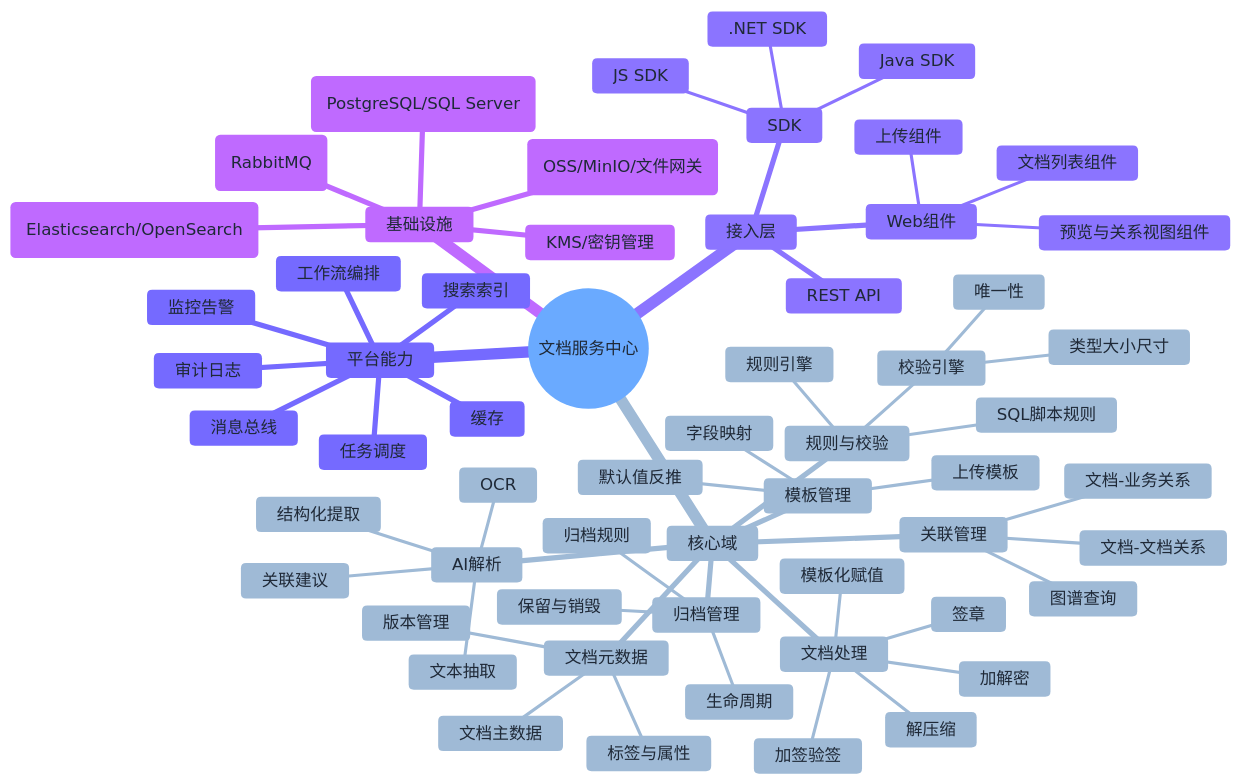
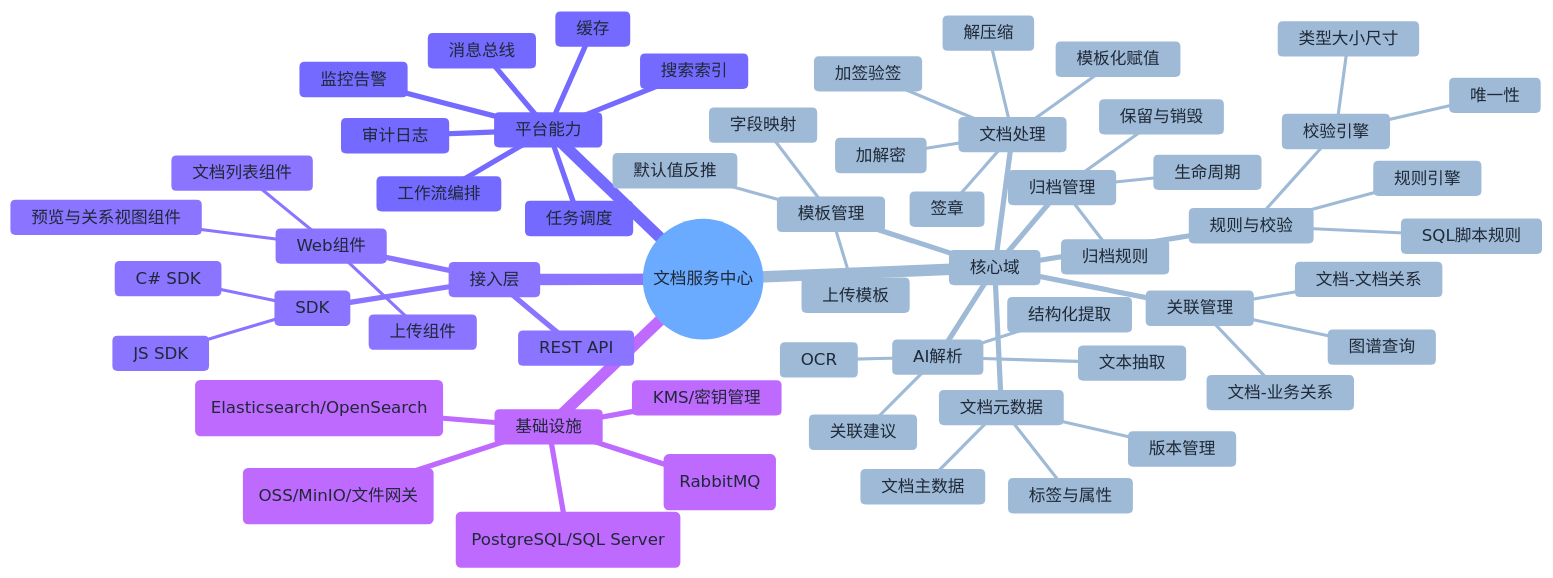
Before and after one commit to jeffzhou12/mini-etl: the first of 4 diagrams in 文档数据中心设计.md, drawn with Mermaid. The commit also changed other lines of this file, not shown here.

````diff
--- a/文档数据中心设计.md
+++ b/文档数据中心设计.md
@@ -34,63 +34,62 @@
 ```mermaid
 %%{init: {"theme": "base", "themeVariables": {"background": "#ffffff", "primaryTextColor": "#1f2937", "textColor": "#1f2937", "lineColor": "#6b7280", "primaryColor": "#eaf3ff", "secondaryColor": "#f5f3ff", "tertiaryColor": "#f8fafc"}}}%%
 mindmap
   root((文档服务中心))
     接入层
       REST API
       SDK
-        .NET SDK
-        Java SDK
+        C# SDK
         JS SDK
       Web组件
         上传组件
         文档列表组件
         预览与关系视图组件
     核心域
       文档元数据
         文档主数据
         标签与属性
         版本管理
       归档管理
         归档规则
         生命周期
         保留与销毁
       关联管理
         文档-业务关系
         文档-文档关系
         图谱查询
       模板管理
         上传模板
         默认值反推
         字段映射
       规则与校验
         规则引擎
         SQL脚本规则
         校验引擎
           唯一性
           类型大小尺寸
       文档处理
         解压缩
         加解密
         签章
         加签验签
         模板化赋值
       AI解析
         OCR
         文本抽取
         结构化提取
         关联建议
     平台能力
       工作流编排
       任务调度
       消息总线
       缓存
       搜索索引
       审计日志
       监控告警
     基础设施
       对象存储(OSS/MinIO/文件网关)
       元数据数据库(PostgreSQL/SQL Server)
       搜索(Elasticsearch/OpenSearch)
       MQ(RabbitMQ)
       KMS/密钥管理
 ```
````
